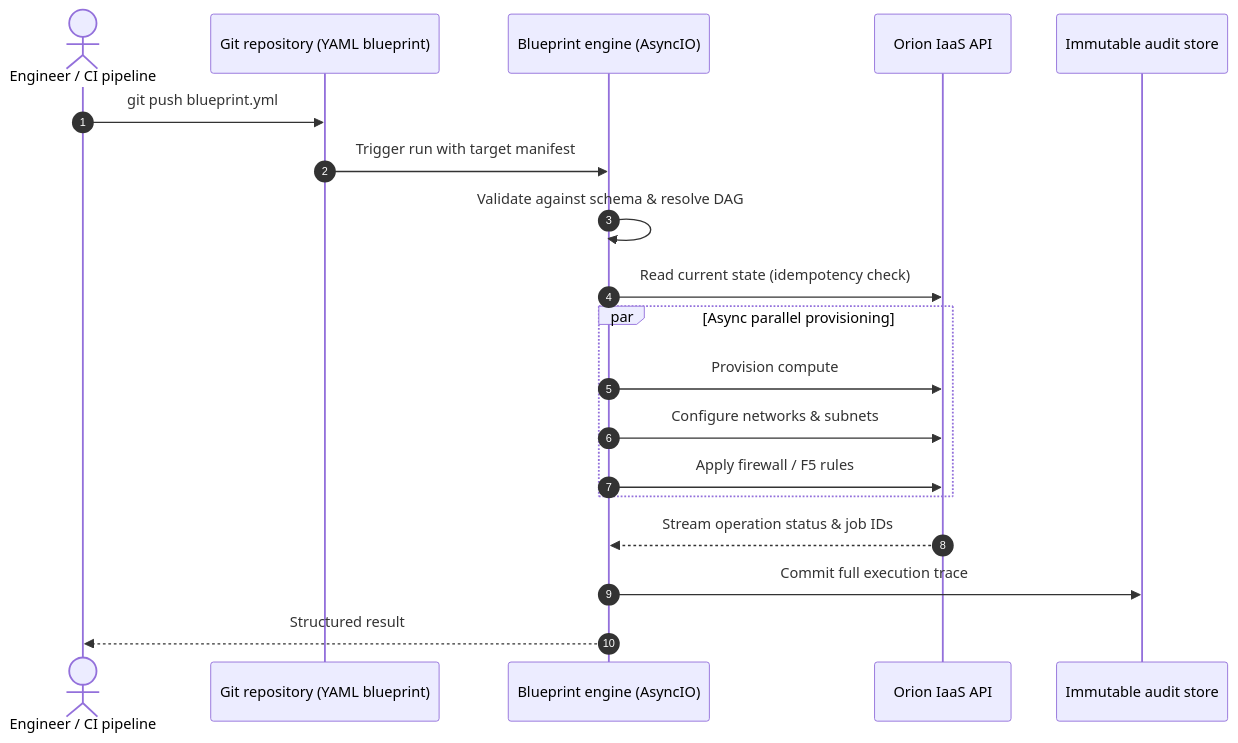
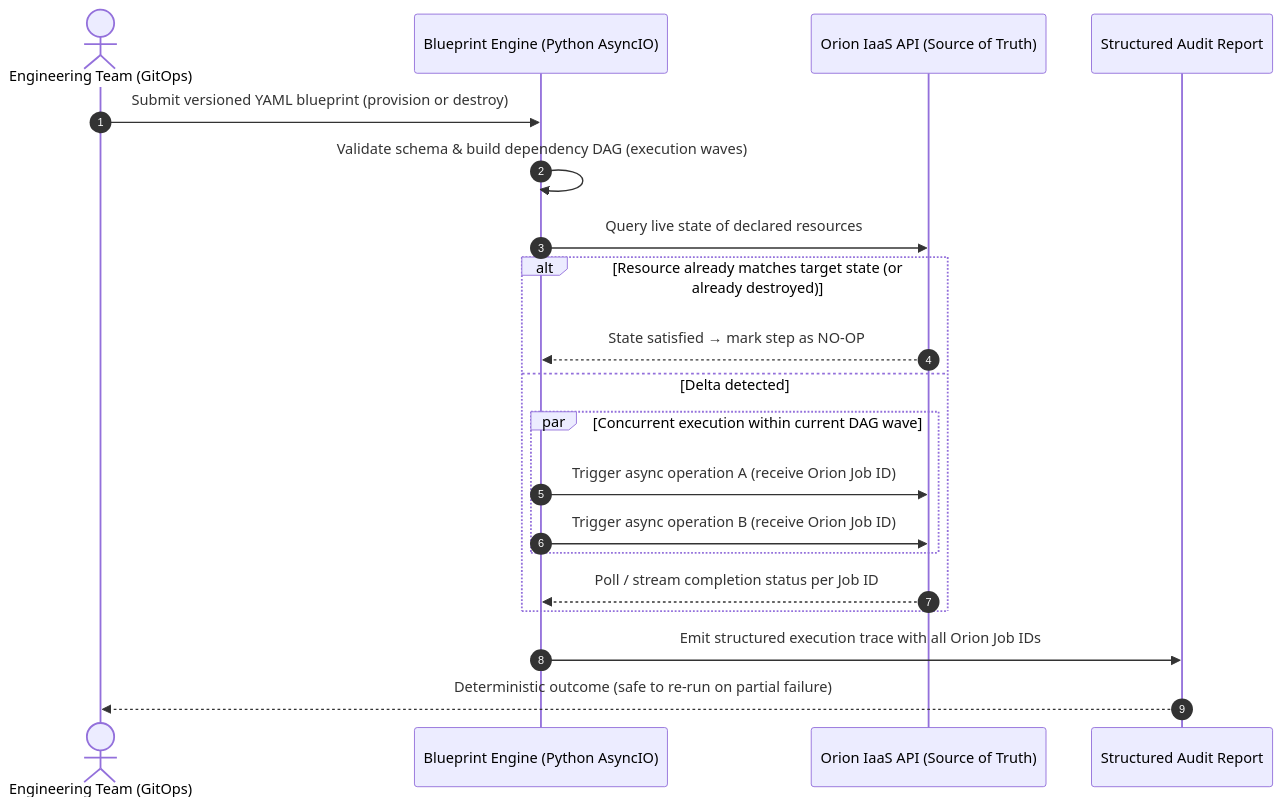
One commit to oredondo/oredondo.github.io changed the first of 2 diagrams in docs/projects/blueprint.md. Above: the diagram before and after it, drawn with Mermaid. The commit also changed other lines of this file and 30 other files, not shown here.

````diff
--- a/docs/projects/blueprint.md
+++ b/docs/projects/blueprint.md
@@ -37,24 +36,25 @@
 ```mermaid
 sequenceDiagram
     autonumber
-    actor Dev as Engineer / CI pipeline
-    participant Repo as Git repository (YAML blueprint)
-    participant Engine as Blueprint engine (AsyncIO)
-    participant Orion as Orion IaaS API
-    participant Audit as Immutable audit store
+    actor Team as Engineering Team (GitOps)
+    participant Engine as Blueprint Engine (Python AsyncIO)
+    participant Orion as Orion IaaS API (Source of Truth)
+    participant Report as Structured Audit Report
 
-    Dev->>Repo: git push blueprint.yml
-    Repo->>Engine: Trigger run with target manifest
-    Engine->>Engine: Validate against schema & resolve DAG
-    Engine->>Orion: Read current state (idempotency check)
+    Team->>Engine: Submit versioned YAML blueprint (provision or destroy)
+    Engine->>Engine: Validate schema & build dependency DAG (execution waves)
+    Engine->>Orion: Query live state of declared resources
 
-    par Async parallel provisioning
-        Engine->>Orion: Provision compute
-        Engine->>Orion: Configure networks & subnets
-        Engine->>Orion: Apply firewall / F5 rules
+    alt Resource already matches target state (or already destroyed)
+        Orion-->>Engine: State satisfied → mark step as NO-OP
+    else Delta detected
+        par Concurrent execution within current DAG wave
+            Engine->>Orion: Trigger async operation A (receive Orion Job ID)
+            Engine->>Orion: Trigger async operation B (receive Orion Job ID)
+        end
+        Orion-->>Engine: Poll / stream completion status per Job ID
     end
 
-    Orion-->>Engine: Stream operation status & job IDs
-    Engine->>Audit: Commit full execution trace
-    Engine-->>Dev: Structured result
+    Engine->>Report: Emit structured execution trace with all Orion Job IDs
+    Report-->>Team: Deterministic outcome (safe to re-run on partial failure)
 ```
````
